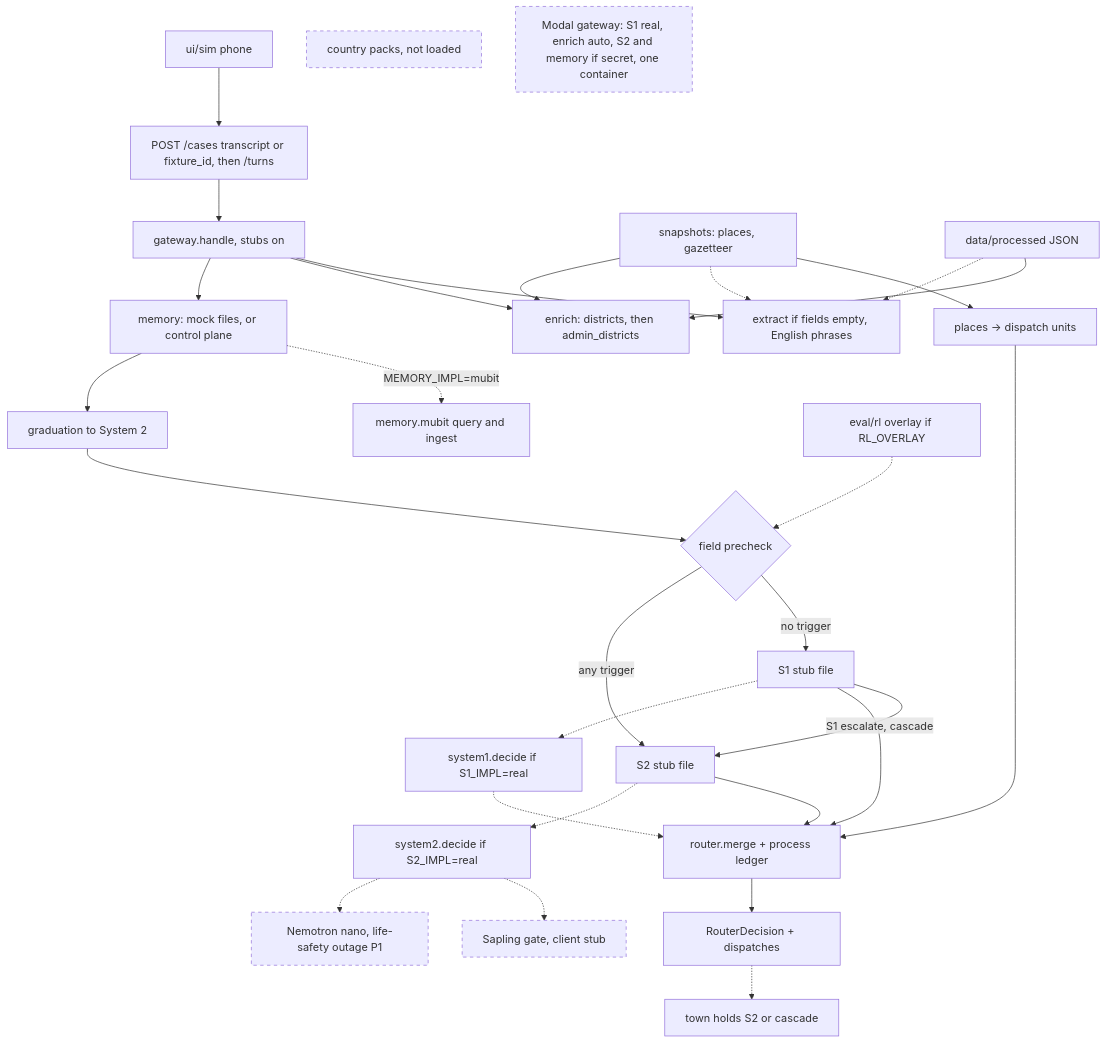
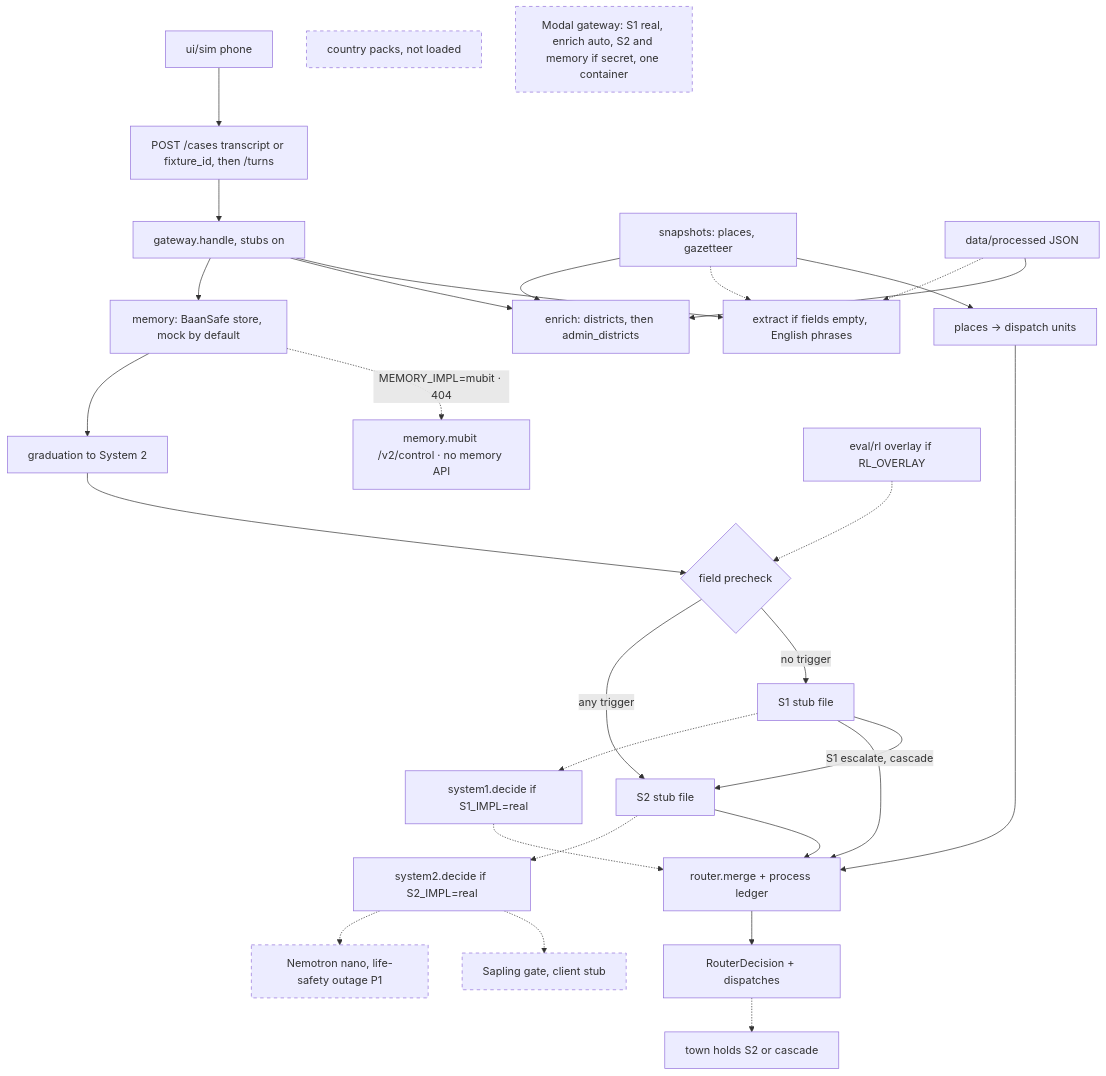
One commit to melaniepreen/Baan-Safe changed the first of 3 diagrams in BaanSafe_Revised_Architecture.md. Above: the diagram before and after it, drawn with Mermaid. The commit also changed other lines of this file and 2 other files, not shown here.

Commit message:
docs: refresh architecture diagram (5f903d2)

````diff
--- a/BaanSafe_Revised_Architecture.md
+++ b/BaanSafe_Revised_Architecture.md
@@ -20,33 +20,33 @@
 ```mermaid
 flowchart TD
   classDef unwired stroke-dasharray: 5 5
   phone["ui/sim phone"] --> turns["POST /cases transcript or fixture_id, then /turns"]
   turns --> gw["gateway.handle, stubs on"]
   gw --> extract["extract if fields empty, English phrases"]
   gw --> enrich["enrich: districts, then admin_districts"]
-  gw --> mem["memory: mock files, or control plane"]
-  mem -.->|"MEMORY_IMPL=mubit"| mm["memory.mubit query and ingest"]
+  gw --> mem["memory: BaanSafe store, mock by default"]
+  mem -.->|"MEMORY_IMPL=mubit · 404"| mm["memory.mubit /v2/control · no memory API"]
   mem --> grad["graduation to System 2"]
   grad --> pick{"field precheck"}
   pick -->|no trigger| s1["S1 stub file"]
   pick -->|any trigger| s2["S2 stub file"]
   s1 -->|"S1 escalate, cascade"| s2
   ov["eval/rl overlay if RL_OVERLAY"] -.-> pick
   s1 --> merge["router.merge + process ledger"]
   s2 --> merge
   snap["snapshots: places, gazetteer"] --> places["places → dispatch units"]
   places --> merge
   proc["data/processed JSON"] --> enrich
   proc -.-> extract
   snap -.-> extract
   snap --> enrich
   merge --> out["RouterDecision + dispatches"]
   out -.-> hold["town holds S2 or cascade"]
   s1 -.-> rules["system1.decide if S1_IMPL=real"]
   rules -.-> merge
   s2 -.-> s2d["system2.decide if S2_IMPL=real"]
   s2d -.-> sap["Sapling gate, client stub"]:::unwired
   s2d -.-> llm["Nemotron nano, life-safety outage P1"]:::unwired
   packs["country packs, not loaded"]:::unwired
   modal["Modal gateway: S1 real, enrich auto, S2 and memory if secret, one container"]:::unwired
 ```
````
